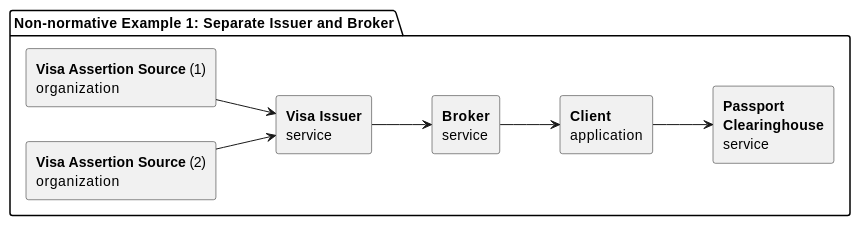
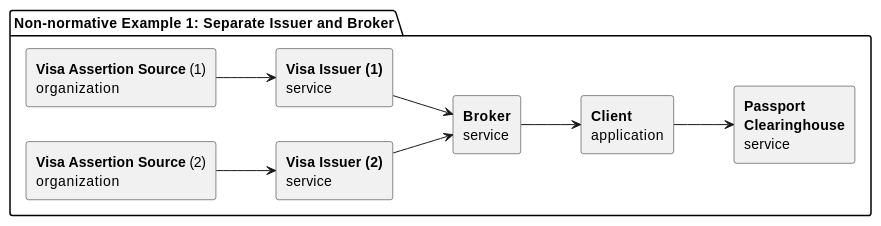
The third of 5 diagrams in AAI/AAIConnectProfile.md (ga4gh/data-security), drawn with PlantUML before and after one commit. The commit also changed other lines of this file, not shown here.

Commit message:
remove discussion; edit visa assertion source

```diff
--- a/AAI/AAIConnectProfile.md
+++ b/AAI/AAIConnectProfile.md
@@ -483,24 +372,26 @@
 @startuml
 skinparam componentStyle rectangle
 left to right direction
 
 package "Non-normative Example 1: Separate Issuer and Broker" {
 component "<b>Visa Assertion Source</b> (1)\norganization" as VisaSource1
 component "<b>Visa Assertion Source</b> (2)\norganization" as VisaSource2
 
-component "<b>Visa Issuer</b>\nservice" as VisaIssuer
+component "<b>Visa Issuer (1)</b>\nservice" as VisaIssuer1
+component "<b>Visa Issuer (2)</b>\nservice" as VisaIssuer2
 
 component "<b>Broker</b>\nservice" as Broker
 component "<b>Client</b>\napplication" as Client
 component "<b>Passport</b>\n<b>Clearinghouse</b>\nservice" as ClearingHouse
 }
 
-VisaSource1 --> VisaIssuer 
-VisaSource2 --> VisaIssuer 
+VisaSource1 --> VisaIssuer1
+VisaSource2 --> VisaIssuer2
 
 
-VisaIssuer --> Broker 
+VisaIssuer1 --> Broker 
+VisaIssuer2 --> Broker 
 Broker --> Client 
 Client --> ClearingHouse
 
 @enduml
```
